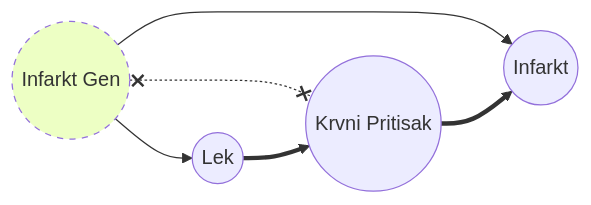
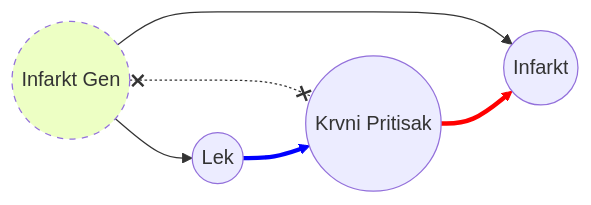
One commit to nikola-grubor/nikola-grubor.github.io changed the fourth of 5 diagrams in myblog/posts/sr/kauzalno-zakljucivanje/index.qmd. Above: the diagram before and after it, drawn with Mermaid. The commit also changed other lines of this file and 13 other files, not shown here.

````diff
--- a/myblog/posts/sr/kauzalno-zakljucivanje/index.qmd
+++ b/myblog/posts/sr/kauzalno-zakljucivanje/index.qmd
@@ -258,12 +261,14 @@
 ```{mermaid}
 %%| label: fig-frontdoor-2
-%%| fig-cap: "Something."
+%%| fig-cap: "Veza između `Infarkt Gena` i `Krvnog Pritiska` ne sme da postoji kako bi Front-door kriterijum bio validan. Kada se nađemo u situaciji gde je nemoguće iskoristiti Backdoor kriterijum, treba potražiti postojanje zaštićene varijable koje je medijator efekta `Leka` na `Infarkt`."
 
 flowchart LR
   Z((Infarkt Gen)) --> X & Y
   Z x-.-x M
   X((Lek)) ==> M((Krvni Pritisak)) 
   M ==> Y((Infarkt))
   style Z stroke-dasharray: 5 5, fill:#edffc4
+  linkStyle 3 stroke:blue
+  linkStyle 4 stroke:red
   
 ```
````
